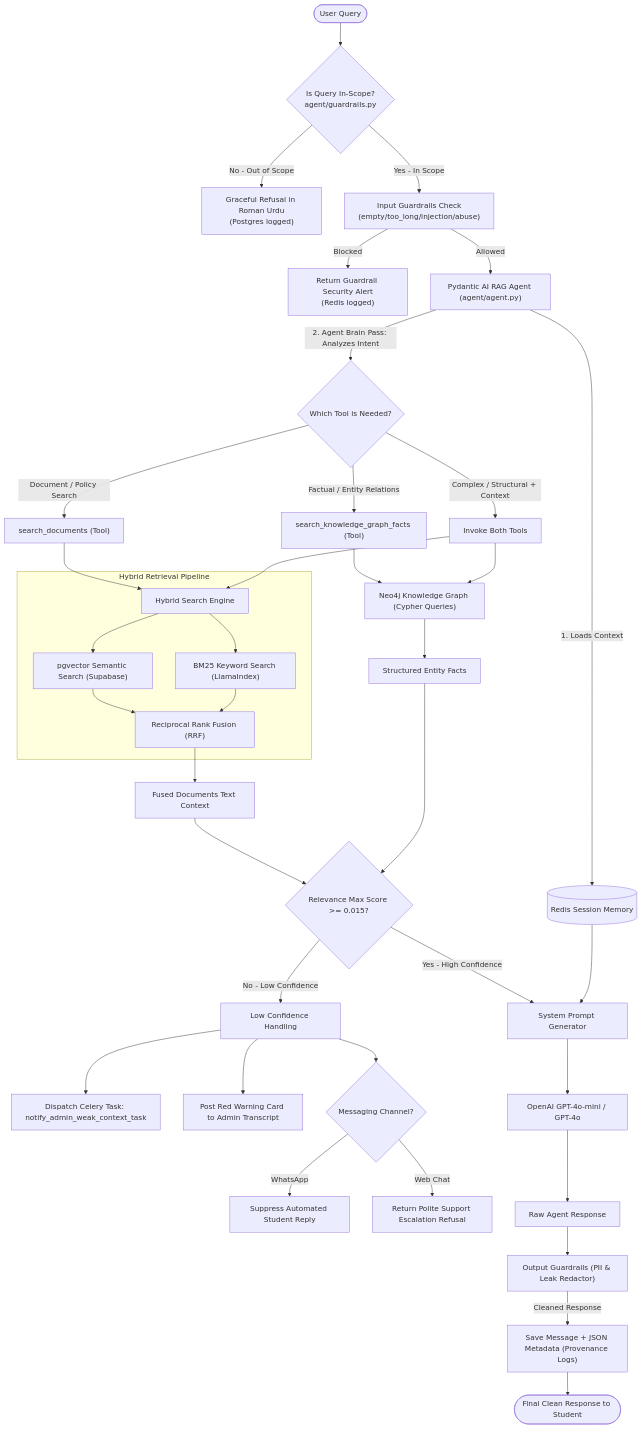
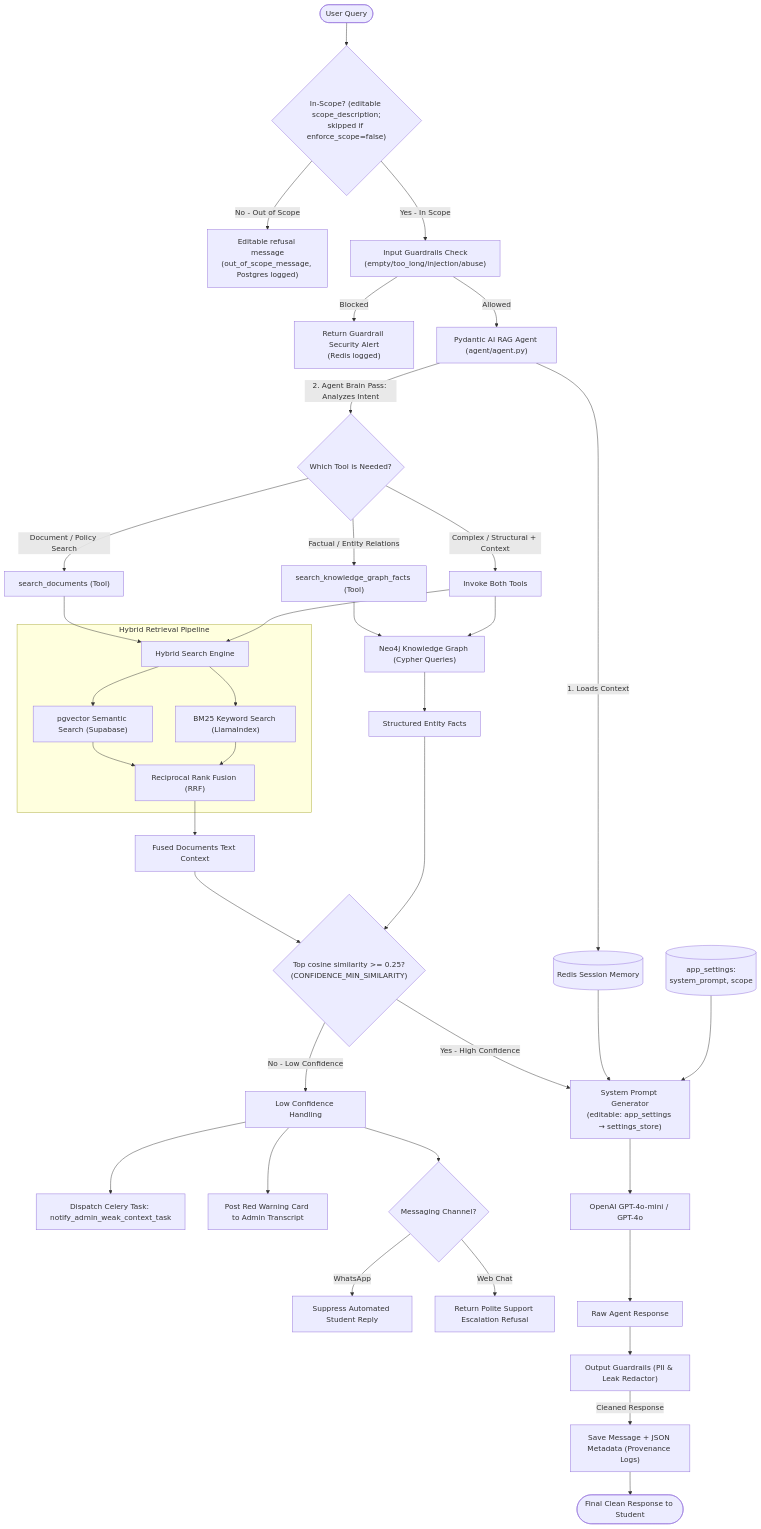
The first of 5 diagrams in README.md (HasnainMuavia1/WA-Graph-RAG-BACKEND), drawn with Mermaid before and after one commit. The commit also changed other lines of this file and 36 other files, not shown here.

````diff
--- a/README.md
+++ b/README.md
@@ -26,59 +26,60 @@
 ```mermaid
 graph TD
-    User([User Query]) --> ScopeCheck{Is Query In-Scope?<br/>agent/guardrails.py}
-    ScopeCheck -->|No - Out of Scope| OutOfScopeMsg["Graceful Refusal in Roman Urdu<br/>(Postgres logged)"]
+    User([User Query]) --> ScopeCheck{"In-Scope? (editable scope_description;<br/>skipped if enforce_scope=false)"}
+    ScopeCheck -->|No - Out of Scope| OutOfScopeMsg["Editable refusal message<br/>(out_of_scope_message, Postgres logged)"]
     ScopeCheck -->|Yes - In Scope| IG["Input Guardrails Check<br/>(empty/too_long/injection/abuse)"]
     
     IG -->|Blocked| BlockedMsg["Return Guardrail Security Alert<br/>(Redis logged)"]
     IG -->|Allowed| Agent["Pydantic AI RAG Agent (agent/agent.py)"]
     
     Agent -->|1. Loads Context| Memory[(Redis Session Memory)]
     Agent -->|2. Agent Brain Pass: Analyzes Intent| ToolRouter{Which Tool is Needed?}
     
     %% Tool Routing
     ToolRouter -->|Factual / Entity Relations| GraphTool["search_knowledge_graph_facts (Tool)"]
     ToolRouter -->|Document / Policy Search| DocTool["search_documents (Tool)"]
     ToolRouter -->|Complex / Structural + Context| Both["Invoke Both Tools"]
     
     %% Graph Tool execution
     GraphTool --> Neo4jSearch["Neo4j Knowledge Graph (Cypher Queries)"]
     
     %% Doc Tool execution
     DocTool --> HybridSearch["Hybrid Search Engine"]
     Both --> Neo4jSearch
     Both --> HybridSearch
     
     %% Hybrid Search Breakdown
     subgraph Hybrid Retrieval Pipeline
         HybridSearch --> VectorSearch["pgvector Semantic Search (Supabase)"]
         HybridSearch --> BM25Search["BM25 Keyword Search (LlamaIndex)"]
         VectorSearch --> RERANK["Reciprocal Rank Fusion (RRF)"]
         BM25Search --> RERANK
     end
     
     %% Context synthesis
     RERANK --> FusedDocContext["Fused Documents Text Context"]
     Neo4jSearch --> GraphContext["Structured Entity Facts"]
     
-    %% Relevance gate
-    FusedDocContext --> ConfGate{Relevance Max Score >= 0.015?}
+    %% Relevance gate (stable pgvector cosine similarity, not fused rank score)
+    FusedDocContext --> ConfGate{"Top cosine similarity >= 0.25?<br/>(CONFIDENCE_MIN_SIMILARITY)"}
     GraphContext --> ConfGate
     
     %% Low Confidence branch
     ConfGate -->|No - Low Confidence| LowConf["Low Confidence Handling"]
     LowConf --> CeleryAlert["Dispatch Celery Task: notify_admin_weak_context_task"]
     LowConf --> SaveAlert["Post Red Warning Card to Admin Transcript"]
     LowConf --> ChannelSplit{Messaging Channel?}
     ChannelSplit -->|WhatsApp| Suppress["Suppress Automated Student Reply"]
     ChannelSplit -->|Web Chat| WebFallback["Return Polite Support Escalation Refusal"]
     
     %% High Confidence branch
-    ConfGate -->|Yes - High Confidence| PromptBuilder["System Prompt Generator"]
+    ConfGate -->|Yes - High Confidence| PromptBuilder["System Prompt Generator<br/>(editable: app_settings → settings_store)"]
     Memory --> PromptBuilder
+    Settings[("app_settings:<br/>system_prompt, scope")] --> PromptBuilder
     
     PromptBuilder --> LLM["OpenAI GPT-4o-mini / GPT-4o"]
     LLM --> RawOutput["Raw Agent Response"]
     RawOutput --> OG["Output Guardrails (PII & Leak Redactor)"]
     OG -->|Cleaned Response| SaveProvenance["Save Message + JSON Metadata (Provenance Logs)"]
     SaveProvenance --> UserResponse([Final Clean Response to Student])
 ```
````
